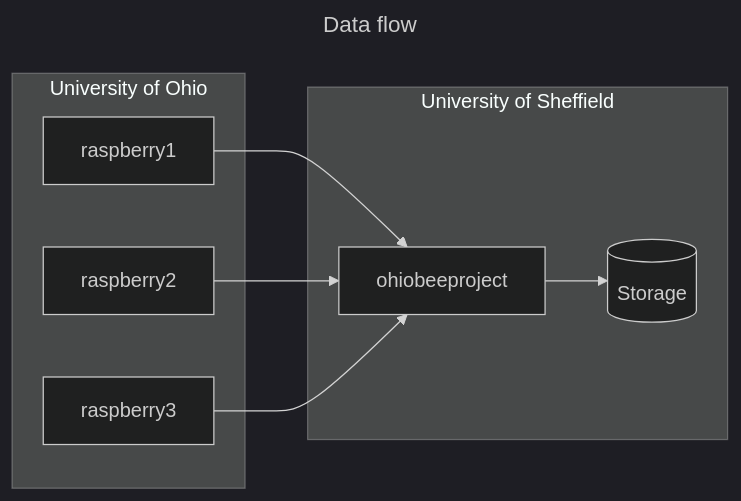
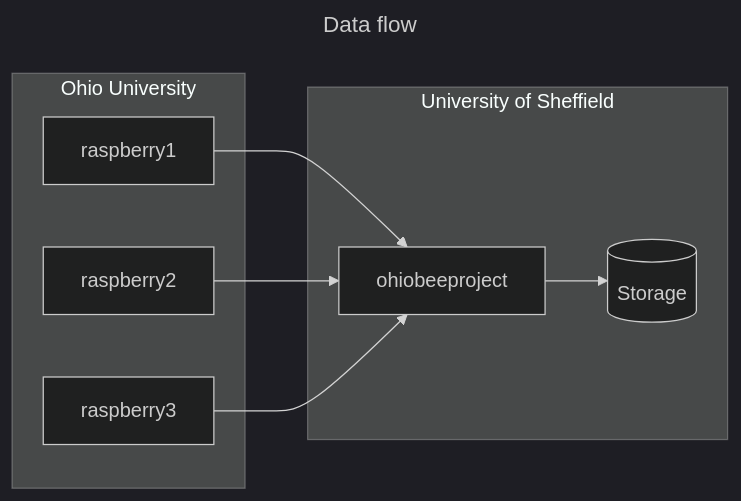
The first of 3 diagrams in README.md (SheffieldMLtracking/data-pipeline), drawn with Mermaid (dark theme) before and after one commit. The commit also changed other lines of this file, not shown here.

````diff
--- a/README.md
+++ b/README.md
@@ -9,19 +9,19 @@
 ```mermaid
 ---
 title: Data flow
 ---
 flowchart LR
-subgraph "University of Ohio"
+subgraph "Ohio University"
     raspberry1
     raspberry2
     raspberry3
 end
 
 raspberry1 --> ohiobeeproject
 raspberry2 --> ohiobeeproject
 raspberry3 --> ohiobeeproject
 
 subgraph "University of Sheffield"
     ohiobeeproject --> storage[("Storage")]
 end
 ```
````
